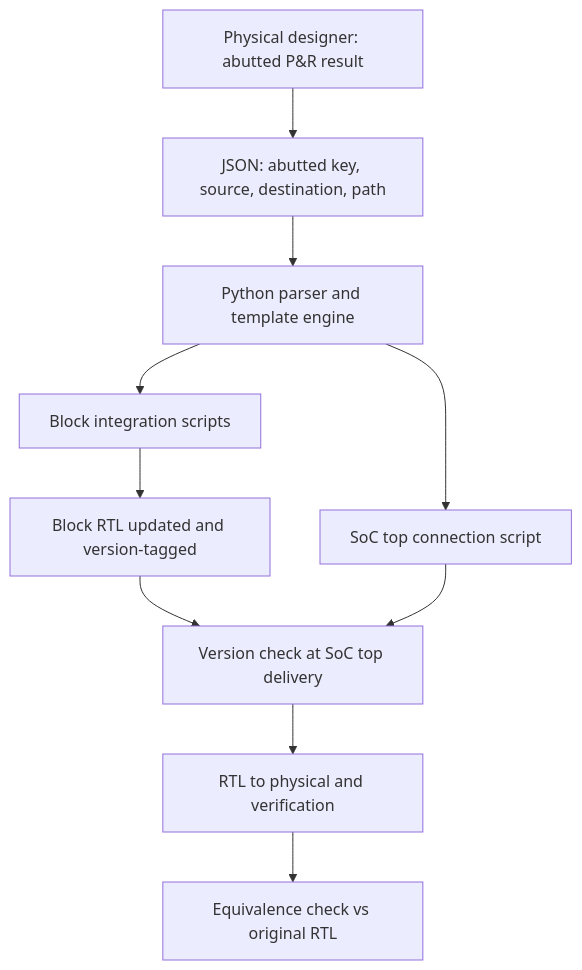
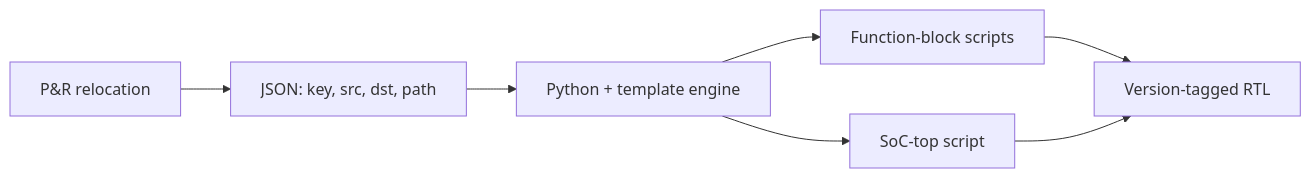
The diagram in docs/papers/ref-20261018-2fe4-automated-rtl-update-for-abutted-design.md (nemo99007/yt-paper), drawn with Mermaid before and after one commit. The commit also changed other lines of this file and 172 other files, not shown here.

````diff
--- a/docs/papers/ref-20261018-2fe4-automated-rtl-update-for-abutted-design.md
+++ b/docs/papers/ref-20261018-2fe4-automated-rtl-update-for-abutted-design.md
@@ -264,12 +212,9 @@
 ```mermaid
-flowchart TD
-    A["Physical designer: abutted P&R result"] --> B["JSON: abutted key, source, destination, path"]
-    B --> C["Python parser and template engine"]
-    C --> D["Block integration scripts"]
-    C --> E["SoC top connection script"]
-    D --> F["Block RTL updated and version-tagged"]
-    F --> G["Version check at SoC top delivery"]
-    E --> G
-    G --> H["RTL to physical and verification"]
-    H --> I["Equivalence check vs original RTL"]
+flowchart LR
+  PR[P&R relocation] --> J[JSON: key, src, dst, path]
+  J --> G[Python + template engine]
+  G --> FB[Function-block scripts]
+  G --> TOP[SoC-top script]
+  FB --> VT[Version-tagged RTL]
+  TOP --> VT
 ```
````
